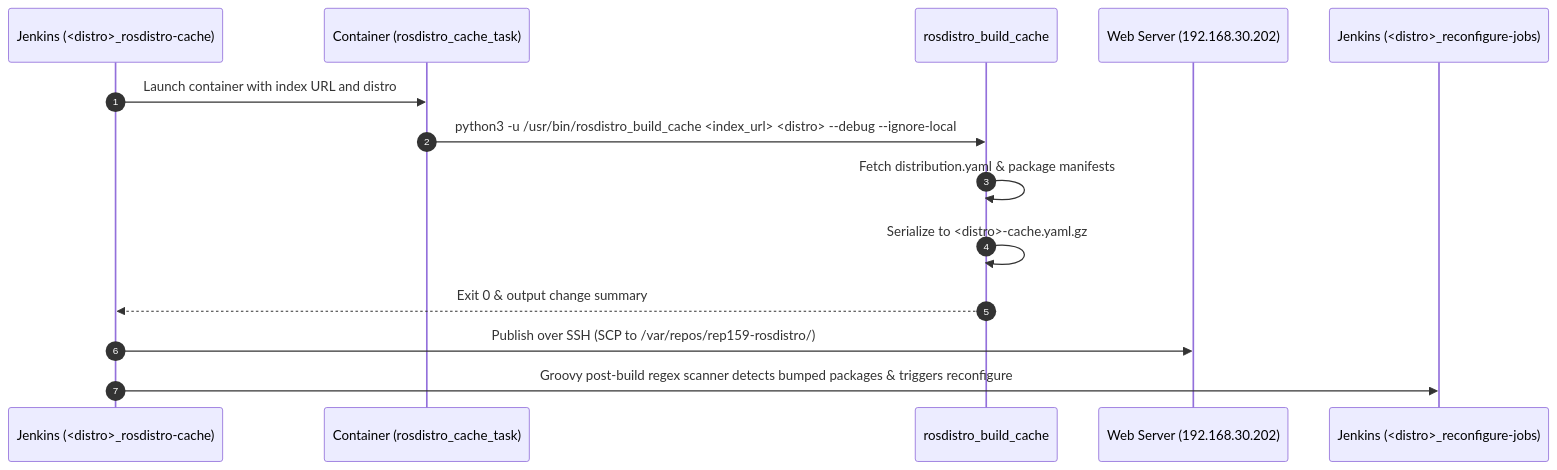
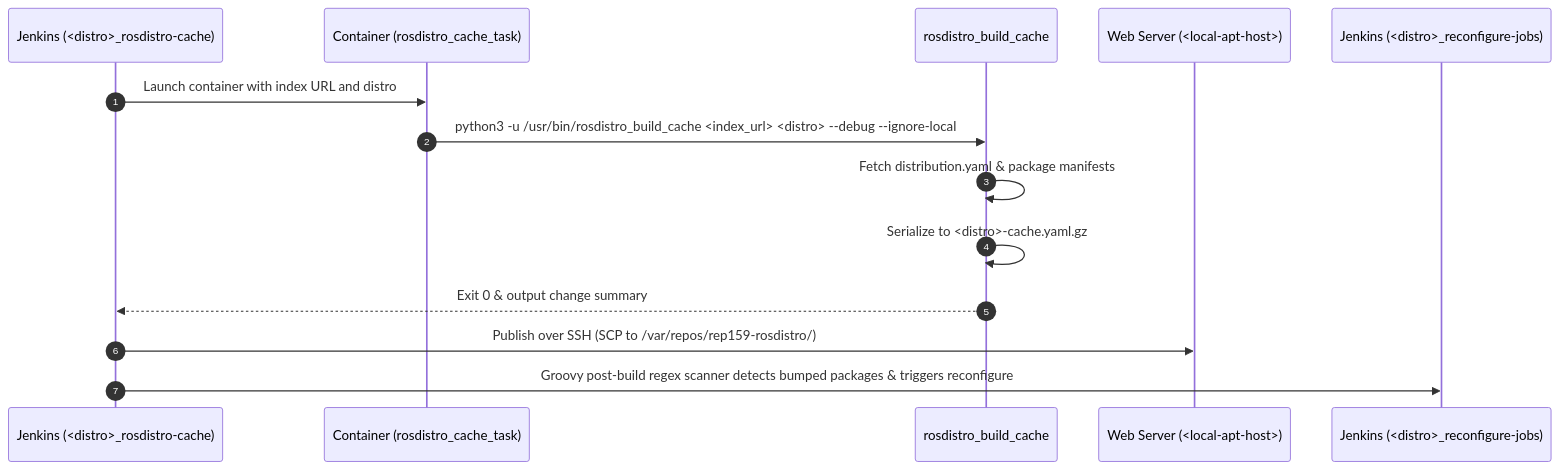
One commit to KmoM88/rep159-testing changed the first of 2 diagrams in STAGE5_CACHE_AND_BLOOM_PLAN.md. Above: the diagram before and after it, drawn with Mermaid. The commit also changed other lines of this file and 22 other files, not shown here.

Commit message:
Consolidate table/diagram docs, adopt jrivero commits, update Stage 1-3 testfarm evidence, and sanitize local endpoints

````diff
--- a/STAGE5_CACHE_AND_BLOOM_PLAN.md
+++ b/STAGE5_CACHE_AND_BLOOM_PLAN.md
@@ -17,17 +17,17 @@
 ```mermaid
 sequenceDiagram
     autonumber
     participant Jenkins as Jenkins (<distro>_rosdistro-cache)
     participant Docker as Container (rosdistro_cache_task)
     participant Script as rosdistro_build_cache
-    participant Nginx as Web Server (192.168.30.202)
+    participant Nginx as Web Server (<local-apt-host>)
     participant Reconfig as Jenkins (<distro>_reconfigure-jobs)
 
     Jenkins->>Docker: Launch container with index URL and distro
     Docker->>Script: python3 -u /usr/bin/rosdistro_build_cache <index_url> <distro> --debug --ignore-local
     Script->>Script: Fetch distribution.yaml & package manifests
     Script->>Script: Serialize to <distro>-cache.yaml.gz
     Script-->>Jenkins: Exit 0 & output change summary
     Jenkins->>Nginx: Publish over SSH (SCP to /var/repos/rep159-rosdistro/)
     Jenkins->>Reconfig: Groovy post-build regex scanner detects bumped packages & triggers reconfigure
 ```
````
